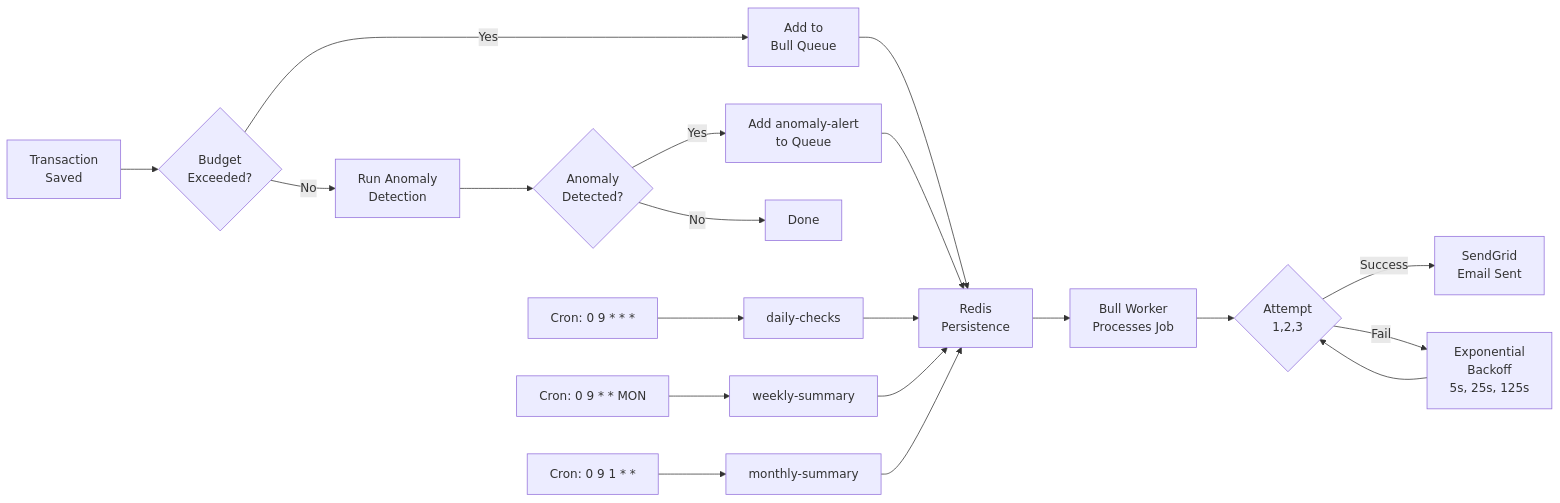
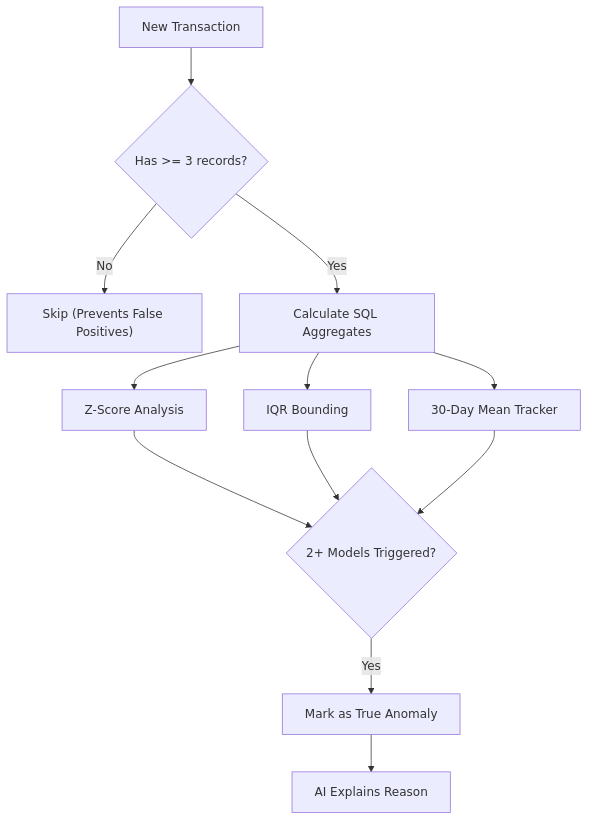
One commit to ANANYA542/Nexora changed the fifth of 6 diagrams in README.md. Above: the diagram before and after it, drawn with Mermaid. The commit also changed other lines of this file and 1 other file, not shown here.

Commit message:
fix: reject negative income amounts at schema + service layer; simplify README diagrams

````diff
--- a/README.md
+++ b/README.md
@@ -422,21 +417,14 @@
 ```mermaid
-flowchart LR
-    A["Transaction\nSaved"] --> B{"Budget\nExceeded?"}
-    B -->|Yes| C["Add to\nBull Queue"]
-    B -->|No| D["Run Anomaly\nDetection"]
-    D --> E{"Anomaly\nDetected?"}
-    E -->|Yes| F["Add anomaly-alert\nto Queue"]
-    E -->|No| G["Done"]
-    C --> H["Redis\nPersistence"]
-    F --> H
-    H --> I["Bull Worker\nProcesses Job"]
-    I --> J{"Attempt\n1,2,3"}
-    J -->|Success| K["SendGrid\nEmail Sent"]
-    J -->|Fail| L["Exponential\nBackoff\n5s, 25s, 125s"]
-    L --> J
-
-    M["Cron: 0 9 * * *"] --> N["daily-checks"]
-    O["Cron: 0 9 * * MON"] --> P["weekly-summary"]
-    Q["Cron: 0 9 1 * *"] --> R["monthly-summary"]
-    N & P & R --> H
+flowchart TD
+    NewTx["New Transaction"] --> Base{"Has >= 3 records?"}
+    Base -->|No| Skip["Skip (Prevents False Positives)"]
+    Base -->|Yes| Stats["Calculate SQL Aggregates"]
+    
+    Stats --> Z["Z-Score Analysis"]
+    Stats --> IQR["IQR Bounding"]
+    Stats --> Avg["30-Day Mean Tracker"]
+    
+    Z & IQR & Avg --> Votes{"2+ Models Triggered?"}
+    Votes -->|Yes| Flag["Mark as True Anomaly"]
+    Flag --> Gen["AI Explains Reason"]
 ```
````
